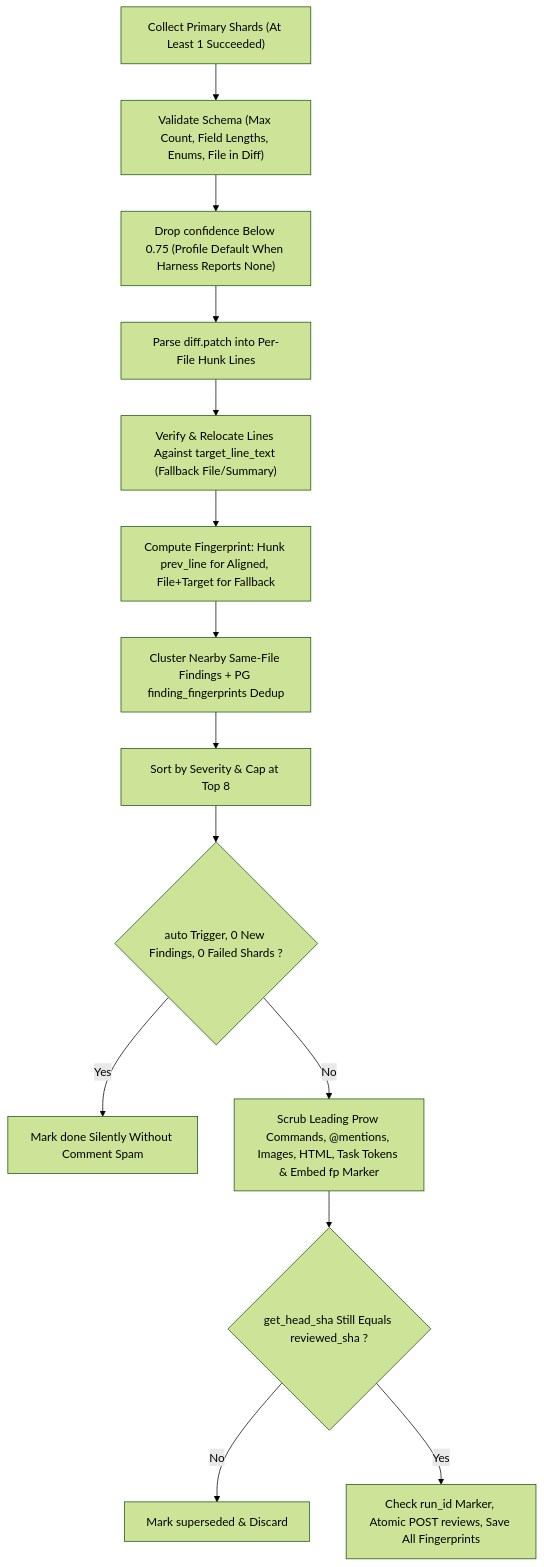
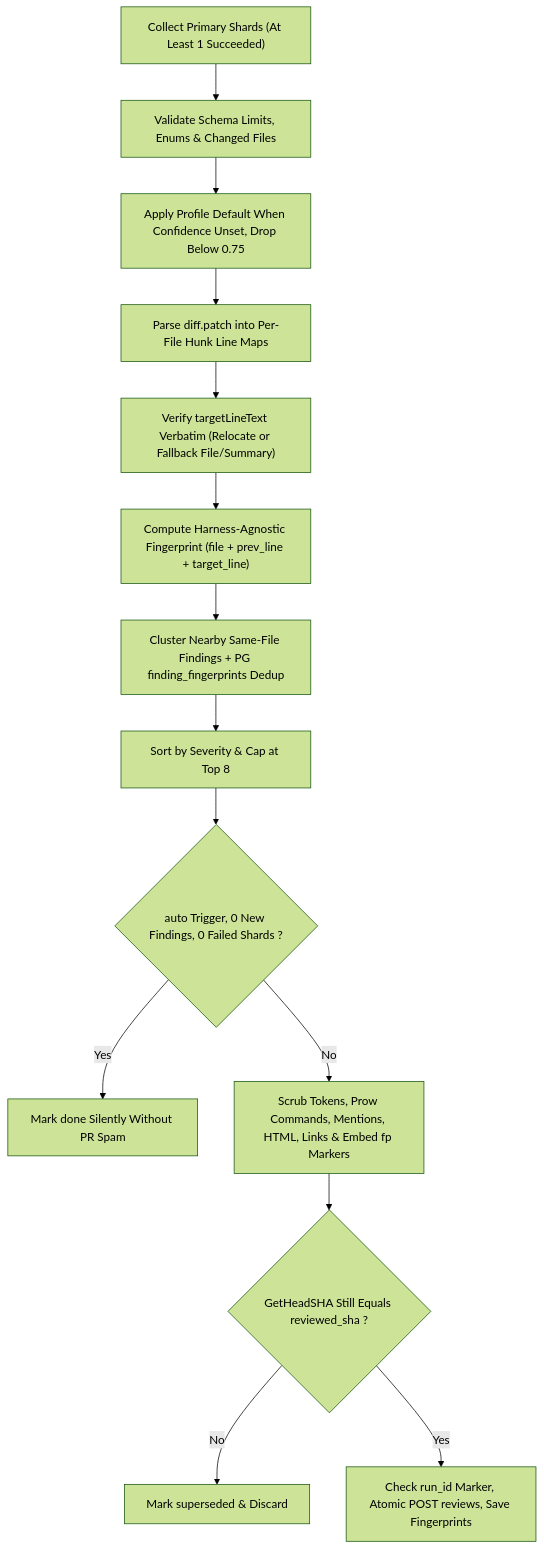
The fifth of 7 diagrams in docs/design/implementation-plan.md (zetxqx/review-agent-infra), drawn with Mermaid (forest theme) before and after one commit. The commit also changed other lines of this file and 12 other files, not shown here.

````diff
--- a/docs/design/implementation-plan.md
+++ b/docs/design/implementation-plan.md
@@ -1962,16 +2457,16 @@
 ```mermaid
 flowchart TD
-    Shards["Collect Primary Shards (At Least 1 Succeeded)"] --> Validate["Validate Schema (Max Count, Field Lengths, Enums, File in Diff)"]
-    Validate --> FilterConf["Drop confidence Below 0.75 (Profile Default When Harness Reports None)"]
-    FilterConf --> DiffParse["Parse diff.patch into Per-File Hunk Lines"]
-    DiffParse --> Align["Verify & Relocate Lines Against target_line_text (Fallback File/Summary)"]
-    Align --> FpCalc["Compute Fingerprint: Hunk prev_line for Aligned, File+Target for Fallback"]
+    Shards["Collect Primary Shards (At Least 1 Succeeded)"] --> Validate["Validate Schema Limits, Enums & Changed Files"]
+    Validate --> FilterConf["Apply Profile Default When Confidence Unset, Drop Below 0.75"]
+    FilterConf --> DiffParse["Parse diff.patch into Per-File Hunk Line Maps"]
+    DiffParse --> Align["Verify targetLineText Verbatim (Relocate or Fallback File/Summary)"]
+    Align --> FpCalc["Compute Harness-Agnostic Fingerprint (file + prev_line + target_line)"]
     FpCalc --> Dedup["Cluster Nearby Same-File Findings + PG finding_fingerprints Dedup"]
     Dedup --> TopN["Sort by Severity & Cap at Top 8"]
     TopN --> AutoZero{"auto Trigger, 0 New Findings, 0 Failed Shards ?"}
-    AutoZero -->|"Yes"| SkipPost["Mark done Silently Without Comment Spam"]
-    AutoZero -->|"No"| Sanitize["Scrub Leading Prow Commands, @mentions, Images, HTML, Task Tokens & Embed fp Marker"]
-    Sanitize --> CAS{"get_head_sha Still Equals reviewed_sha ?"}
+    AutoZero -->|"Yes"| SkipPost["Mark done Silently Without PR Spam"]
+    AutoZero -->|"No"| Sanitize["Scrub Tokens, Prow Commands, Mentions, HTML, Links & Embed fp Markers"]
+    Sanitize --> CAS{"GetHeadSHA Still Equals reviewed_sha ?"}
     CAS -->|"No"| Drop["Mark superseded & Discard"]
-    CAS -->|"Yes"| Post["Check run_id Marker, Atomic POST reviews, Save All Fingerprints"]
+    CAS -->|"Yes"| Post["Check run_id Marker, Atomic POST reviews, Save Fingerprints"]
 ```
````
